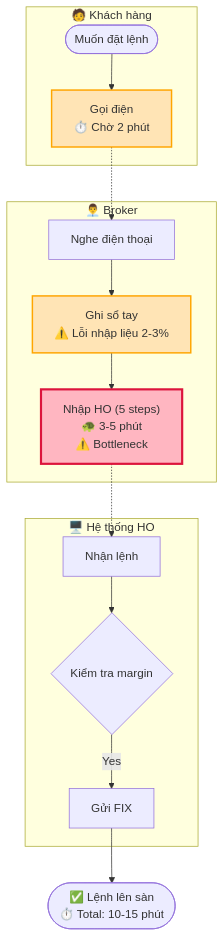
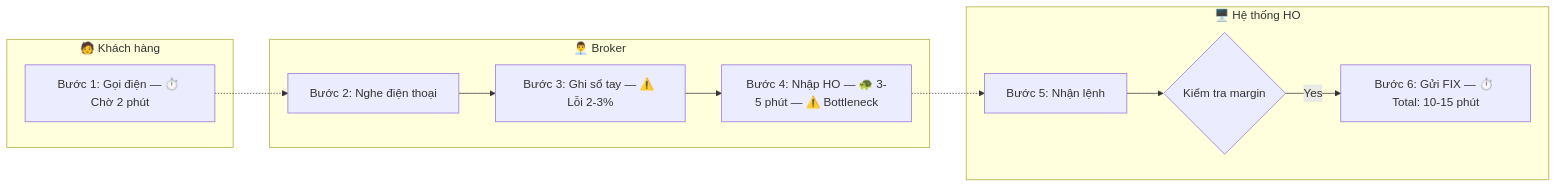
Before and after one commit to quangnt2697/Agent-skills: the fourth of 7 diagrams in skills/ba-process-modeling/SKILL.md, drawn with Mermaid. The commit also changed other lines of this file and 3 other files, not shown here.

First line of the commit message:
refactor(ba): chuẩn hóa AC dạng Gherkin và sơ đồ Mermaid theo Rule 7

````diff
--- a/skills/ba-process-modeling/SKILL.md
+++ b/skills/ba-process-modeling/SKILL.md
@@ -309,32 +282,25 @@
 ```mermaid
-flowchart TD
+flowchart LR
     subgraph KH["🧑 Khách hàng"]
-        Start([Muốn đặt lệnh])
-        A1[Gọi điện<br/>⏱️ Chờ 2 phút]
+        A1["Bước 1: Gọi điện — ⏱️ Chờ 2 phút"]
     end
-    
+
     subgraph Broker["👨‍💼 Broker"]
-        B1[Nghe điện thoại]
-        B2[Ghi sổ tay<br/>⚠️ Lỗi nhập liệu 2-3%]
-        B3["Nhập HO (5 steps)<br/>🐢 3-5 phút<br/>⚠️ Bottleneck"]
+        B1["Bước 2: Nghe điện thoại"]
+        B2["Bước 3: Ghi sổ tay — ⚠️ Lỗi 2-3%"]
+        B3["Bước 4: Nhập HO — 🐢 3-5 phút — ⚠️ Bottleneck"]
     end
-    
+
     subgraph HO["🖥️ Hệ thống HO"]
-        C1[Nhận lệnh]
-        C2{Kiểm tra margin}
-        C3[Gửi FIX]
+        C1["Bước 5: Nhận lệnh"]
+        C2{"Kiểm tra margin"}
+        C3["Bước 6: Gửi FIX — ⏱️ Total: 10-15 phút"]
     end
-    
-    Start --> A1
+
     A1 -.-> B1
     B1 --> B2
     B2 --> B3
     B3 -.-> C1
     C1 --> C2
     C2 -->|Yes| C3
-    C3 --> End([✅ Lệnh lên sàn<br/>⏱️ Total: 10-15 phút])
-    
-    style B3 fill:#FFB6C1,stroke:#DC143C,stroke-width:3px
-    style B2 fill:#FFE4B5,stroke:#FFA500,stroke-width:2px
-    style A1 fill:#FFE4B5,stroke:#FFA500,stroke-width:2px
 ```
````
